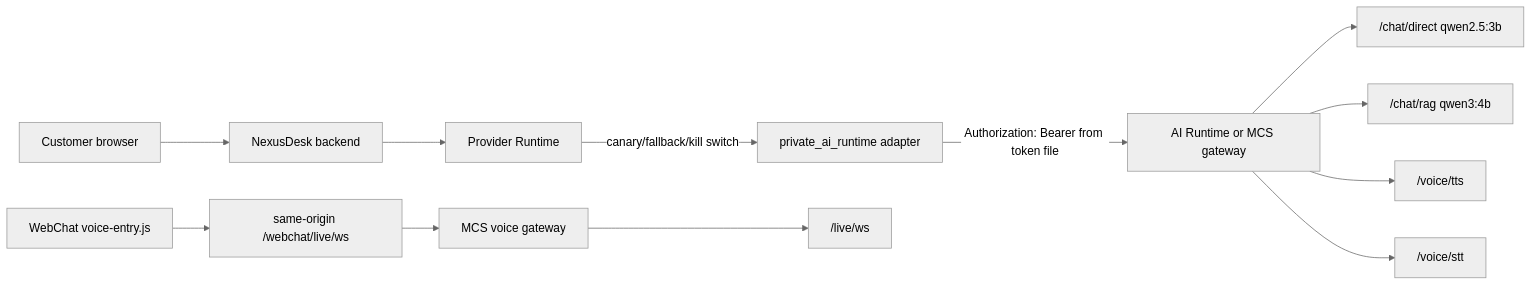
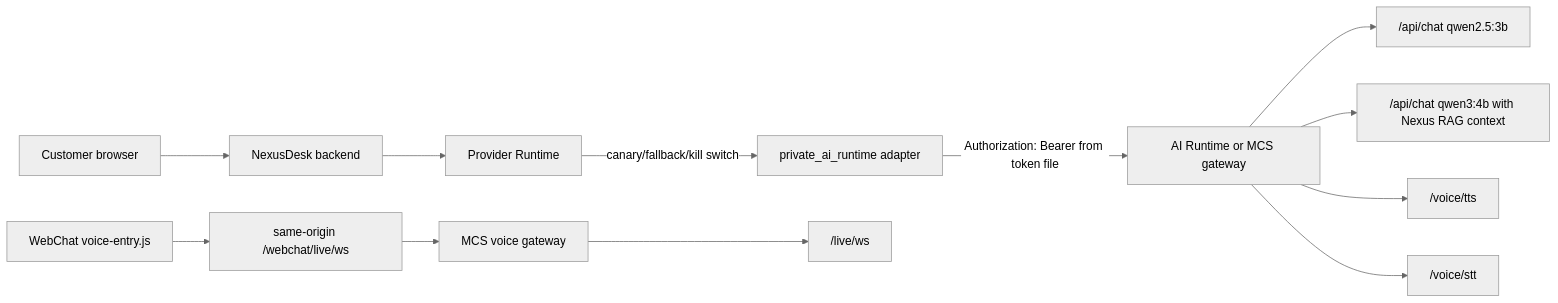
Before and after one commit to Maximvonshaft/nexus_helpdesk: the diagram in docs/ops/PRIVATE_AI_RUNTIME_ROLLOUT_RUNBOOK.md, drawn with Mermaid (neutral theme). The commit also changed other lines of this file and 582 other files, not shown here.

````diff
--- a/docs/ops/PRIVATE_AI_RUNTIME_ROLLOUT_RUNBOOK.md
+++ b/docs/ops/PRIVATE_AI_RUNTIME_ROLLOUT_RUNBOOK.md
@@ -7,14 +7,14 @@
 ```mermaid
 flowchart LR
   visitor["Customer browser"] --> nexus["NexusDesk backend"]
   nexus --> pr["Provider Runtime"]
   pr -->|"canary/fallback/kill switch"| private_ai["private_ai_runtime adapter"]
   private_ai -->|"Authorization: Bearer from token file"| ai["AI Runtime or MCS gateway"]
-  ai --> direct["/chat/direct qwen2.5:3b"]
-  ai --> rag["/chat/rag qwen3:4b"]
+  ai --> direct["/api/chat qwen2.5:3b"]
+  ai --> rag["/api/chat qwen3:4b with Nexus RAG context"]
   ai --> tts["/voice/tts"]
   ai --> stt["/voice/stt"]
   browser_voice["WebChat voice-entry.js"] --> edge["same-origin /webchat/live/ws"]
   edge --> voice_gateway["MCS voice gateway"]
   voice_gateway --> live_ws["/live/ws"]
 ```
````
